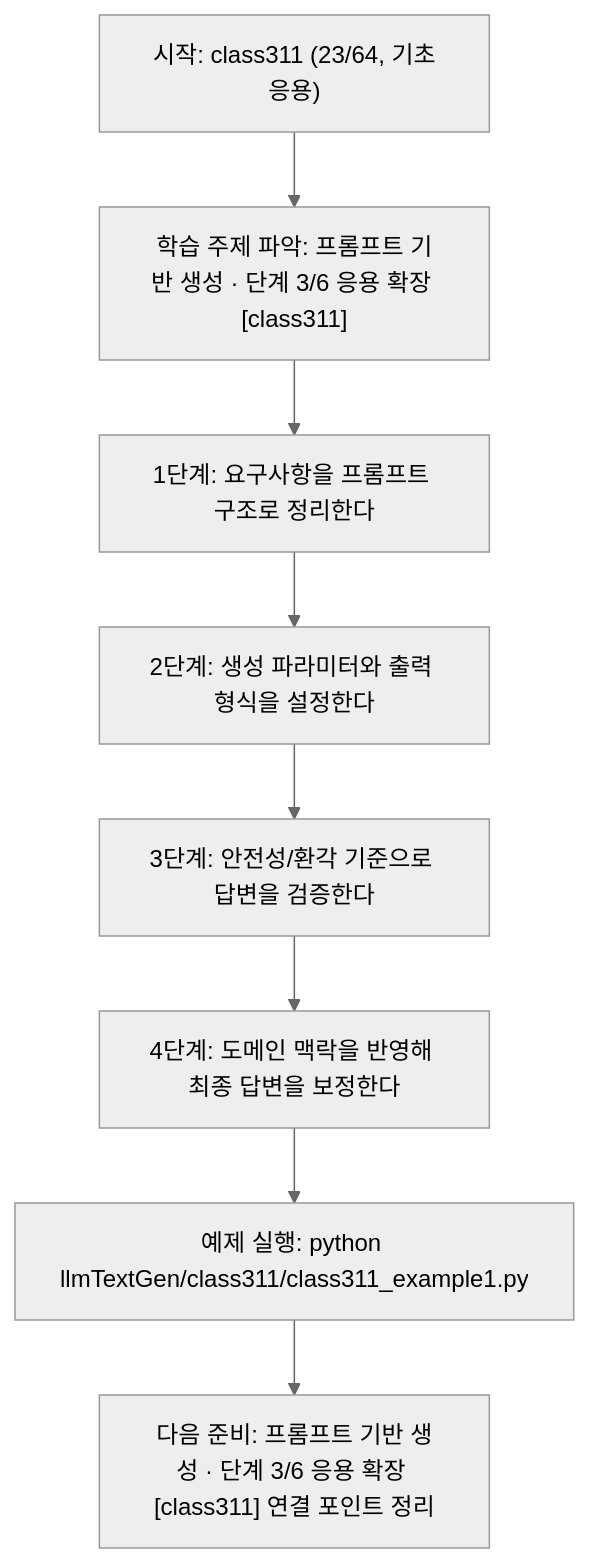
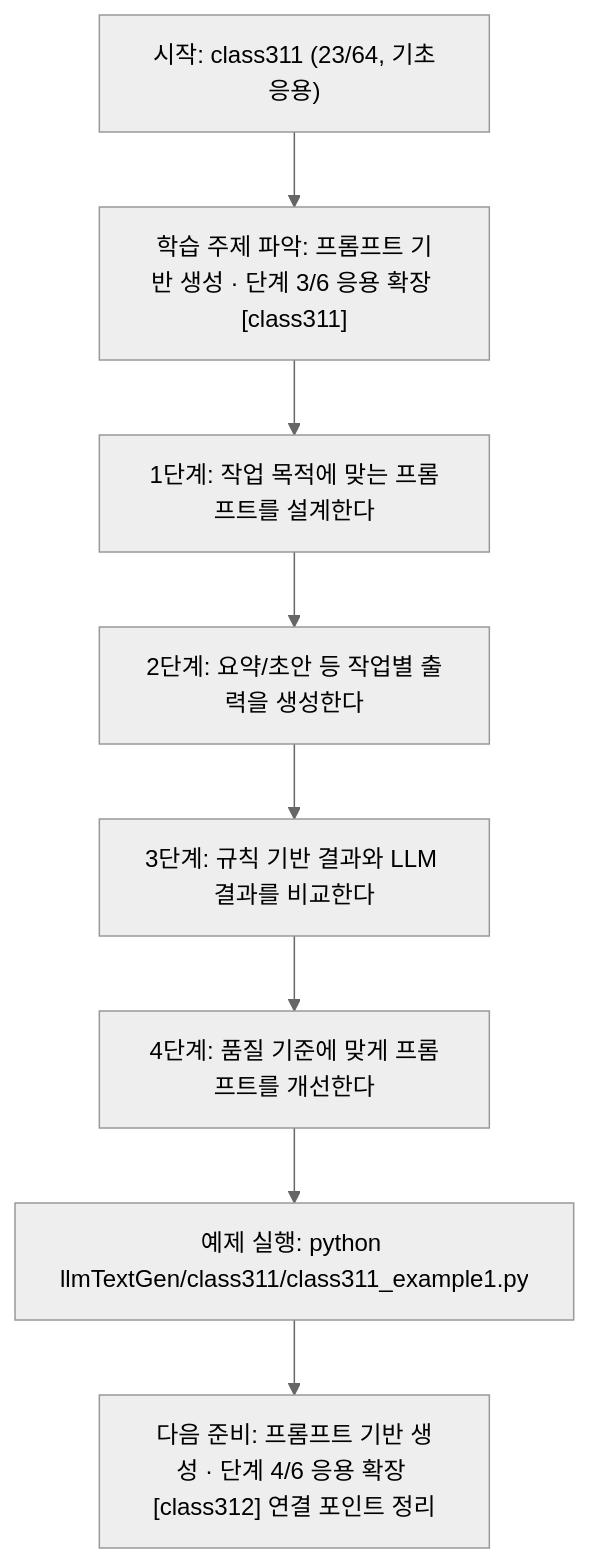
One commit to edumgt/Python-AI_Agent-Class changed the diagram in llmTextGen/class311/class311.md. Above: the diagram before and after it, drawn with Mermaid (neutral theme). The commit also changed other lines of this file and 451 other files, not shown here.

````diff
--- a/llmTextGen/class311/class311.md
+++ b/llmTextGen/class311/class311.md
@@ -114,18 +95,18 @@
 ```mermaid
 flowchart TD
 N1["시작: class311 (23/64, 기초응용)"]
 N2["학습 주제 파악: 프롬프트 기반 생성 · 단계 3/6 응용 확장 [class311]"]
-N3["1단계: 요구사항을 프롬프트 구조로 정리한다"]
-N4["2단계: 생성 파라미터와 출력 형식을 설정한다"]
-N5["3단계: 안전성/환각 기준으로 답변을 검증한다"]
-N6["4단계: 도메인 맥락을 반영해 최종 답변을 보정한다"]
+N3["1단계: 작업 목적에 맞는 프롬프트를 설계한다"]
+N4["2단계: 요약/초안 등 작업별 출력을 생성한다"]
+N5["3단계: 규칙 기반 결과와 LLM 결과를 비교한다"]
+N6["4단계: 품질 기준에 맞게 프롬프트를 개선한다"]
 N7["예제 실행: python llmTextGen/class311/class311_example1.py"]
-N8["다음 준비: 프롬프트 기반 생성 · 단계 3/6 응용 확장 [class311] 연결 포인트 정리"]
+N8["다음 준비: 프롬프트 기반 생성 · 단계 4/6 응용 확장 [class312] 연결 포인트 정리"]
 N1 --> N2
 N2 --> N3
 N3 --> N4
 N4 --> N5
 N5 --> N6
 N6 --> N7
 N7 --> N8
 ```
````
